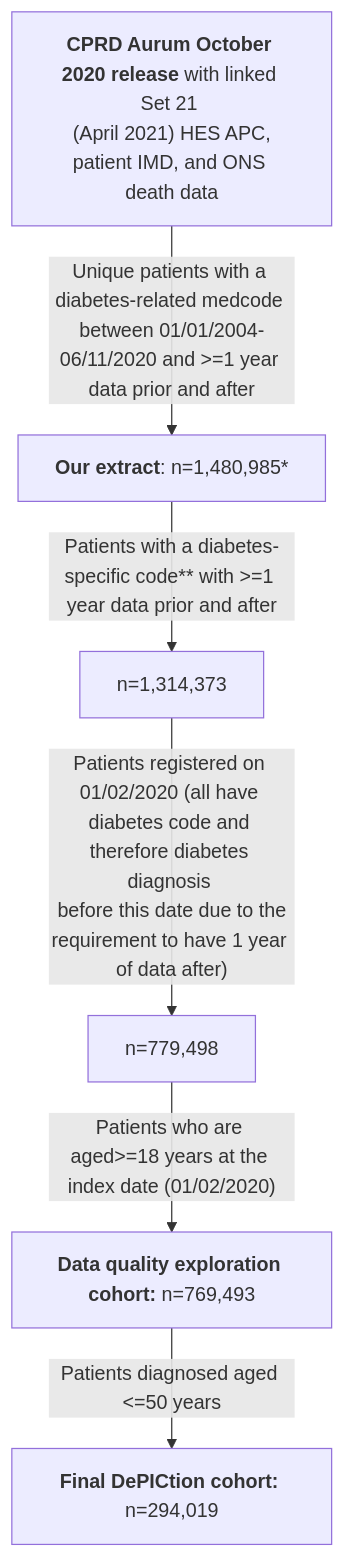
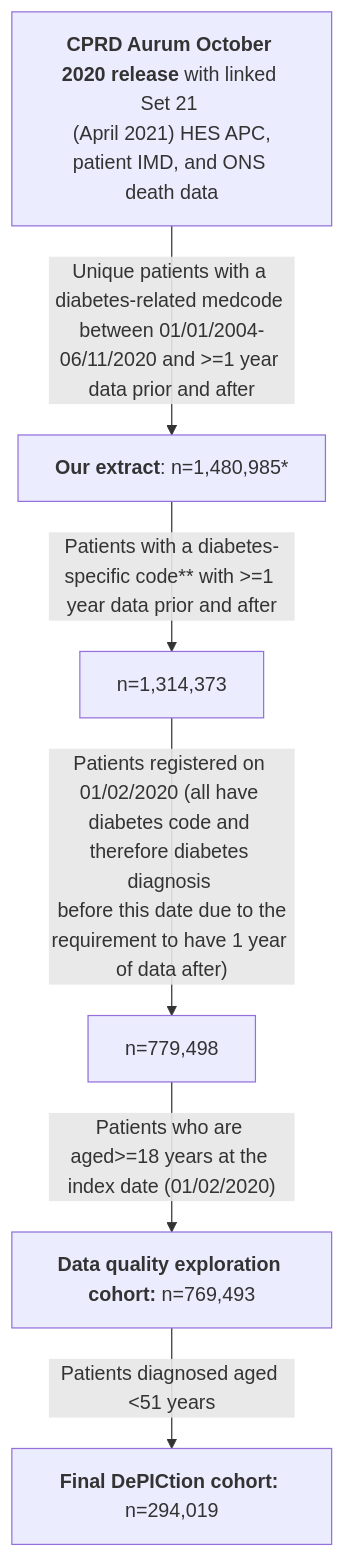
Before and after one commit to Exeter-Diabetes/CPRD-Katie-DePICtion-Scripts: the first of 5 diagrams in README.md, drawn with Mermaid. The commit also changed other lines of this file, not shown here.

````diff
--- a/README.md
+++ b/README.md
@@ -35,8 +35,8 @@
 ```mermaid
 graph TD;
     A["<b>CPRD Aurum October 2020 release</b> with linked Set 21 <br> (April 2021) HES APC, patient IMD, and ONS death data"] --> |"Unique patients with a diabetes-related medcode between 01/01/2004-06/11/2020 and >=1 year data prior and after"| B["<b>Our extract</b>: n=1,480,985*"]
     B -->|"Patients with a diabetes-specific code** with >=1 year data prior and after"|C["n=1,314,373"]
     C -->|"Patients registered on 01/02/2020 (all have diabetes code and therefore diabetes diagnosis <br> before this date due to the requirement to have 1 year of data after)"|D["n=779,498"]
     D -->|"Patients who are aged>=18 years at the index date (01/02/2020)"|E["<b>Data quality exploration cohort:</b> n=769,493"]
-    E -->|"Patients diagnosed aged <=50 years"|F["<b>Final DePICtion cohort:</b> n=294,019"]
+    E -->|"Patients diagnosed aged <51 years"|F["<b>Final DePICtion cohort:</b> n=294,019"]
 ```
````
